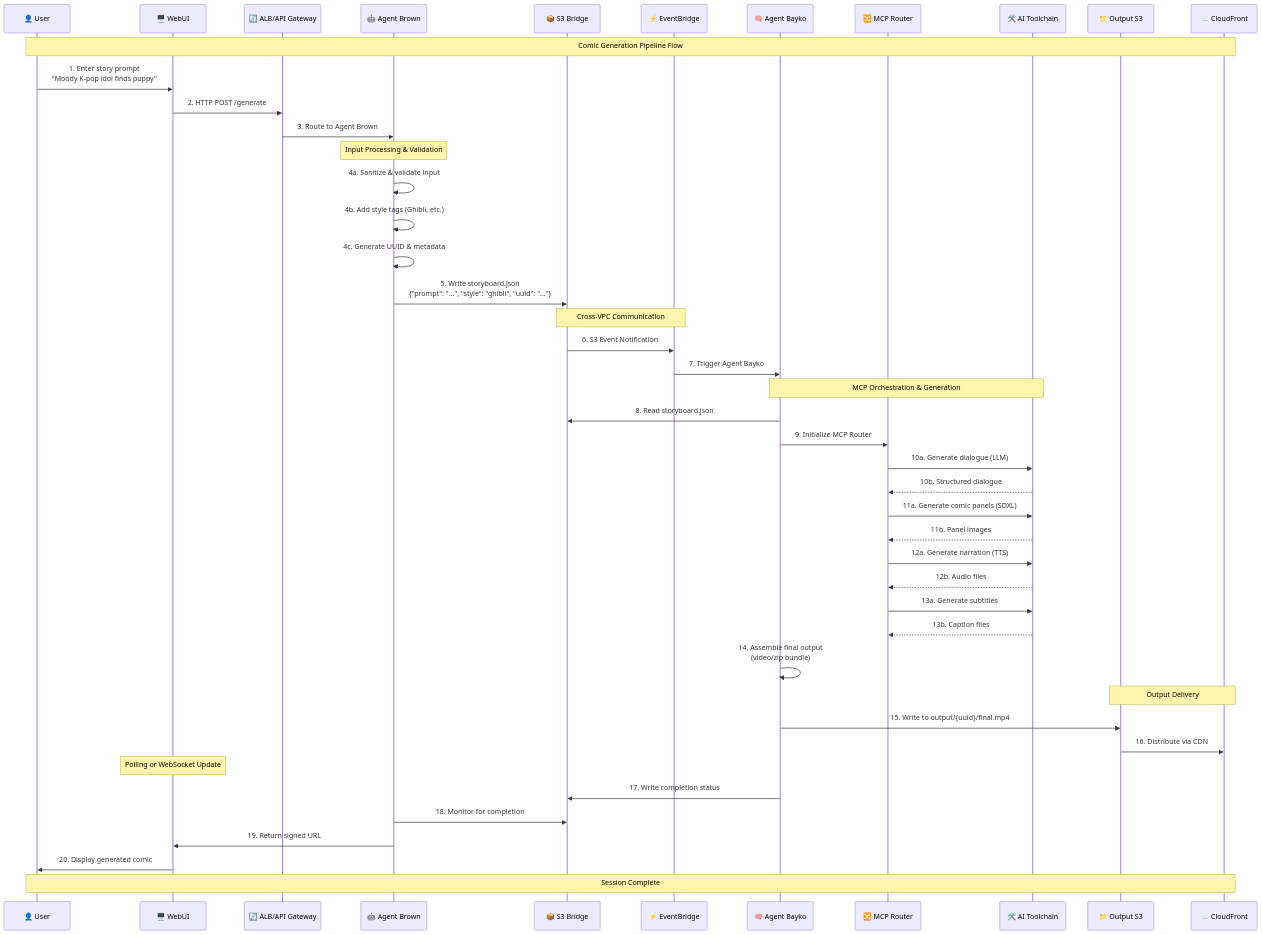
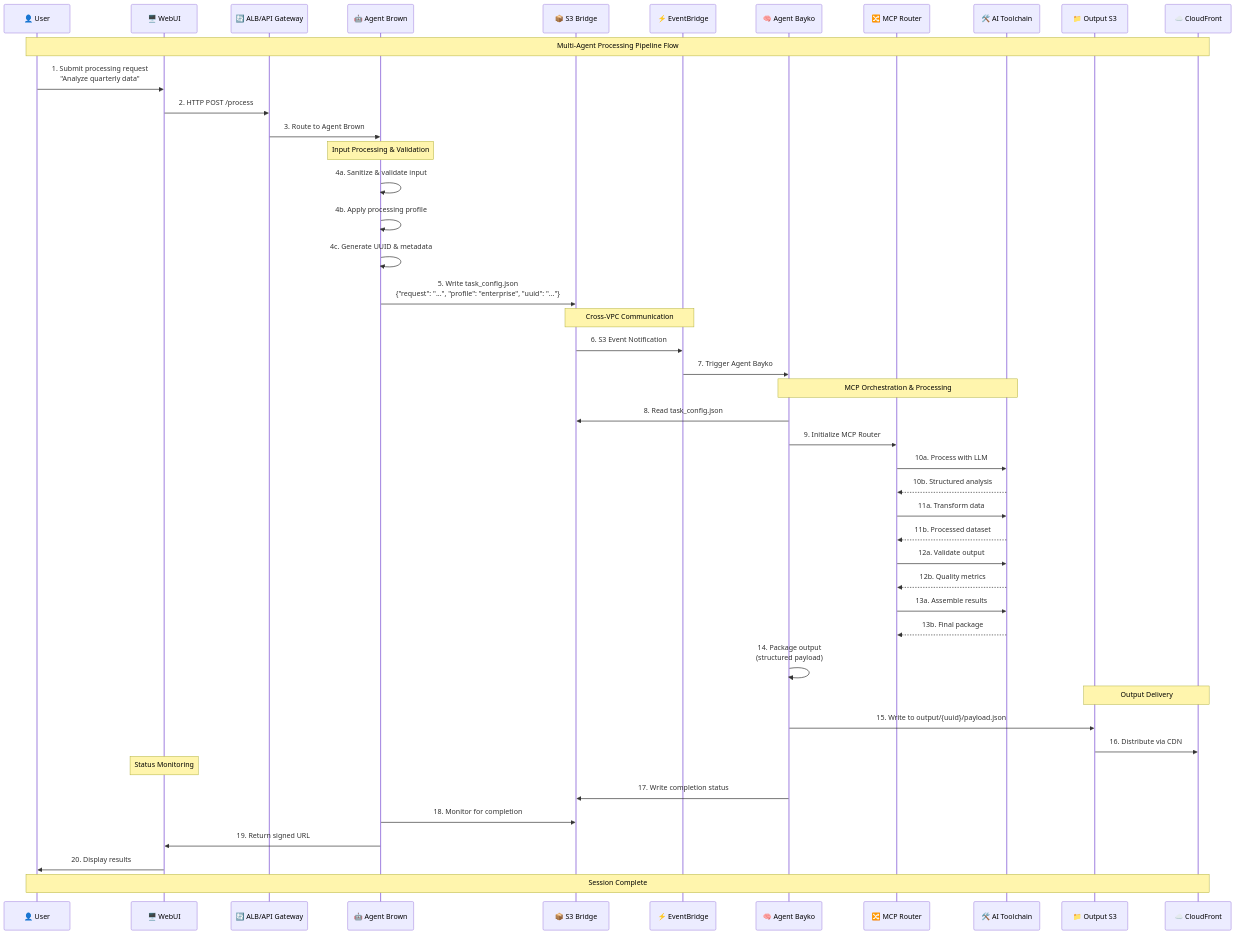
One commit to Ramsi-K/exp-net-fundamentals-2025-Q2 changed the diagram in projects/00-architecture/assets/diagrams/agent_flow.mmd. Above: the diagram before and after it, drawn with Mermaid. The commit also changed 5 other files, not shown here.

Commit message:
docs(diagrams): update all Mermaid diagrams and architecture.md to reflect secure multi-agent system

```diff
--- a/projects/00-architecture/assets/diagrams/agent_flow.mmd
+++ b/projects/00-architecture/assets/diagrams/agent_flow.mmd
@@ -1,59 +1,59 @@
 sequenceDiagram
     participant U as 👤 User
     participant W as 🖥️ WebUI
     participant A as 🔄 ALB/API Gateway
     participant B as 🤖 Agent Brown
     participant S as 📦 S3 Bridge
     participant E as ⚡ EventBridge
     participant BY as 🧠 Agent Bayko
     participant M as 🔀 MCP Router
     participant T as 🛠️ AI Toolchain
     participant O as 📁 Output S3
     participant C as ☁️ CloudFront
     
-    Note over U,C: Comic Generation Pipeline Flow
+    Note over U,C: Multi-Agent Processing Pipeline Flow
     
-    U->>W: 1. Enter story prompt<br/>"Moody K-pop idol finds puppy"
-    W->>A: 2. HTTP POST /generate
+    U->>W: 1. Submit processing request<br/>"Analyze quarterly data"
+    W->>A: 2. HTTP POST /process
     A->>B: 3. Route to Agent Brown
     
     Note over B: Input Processing & Validation
     B->>B: 4a. Sanitize & validate input
-    B->>B: 4b. Add style tags (Ghibli, etc.)
+    B->>B: 4b. Apply processing profile
     B->>B: 4c. Generate UUID & metadata
     
-    B->>S: 5. Write storyboard.json<br/>{"prompt": "...", "style": "ghibli", "uuid": "..."}
+    B->>S: 5. Write task_config.json<br/>{"request": "...", "profile": "enterprise", "uuid": "..."}
     
     Note over S,E: Cross-VPC Communication
     S->>E: 6. S3 Event Notification
     E->>BY: 7. Trigger Agent Bayko
     
-    Note over BY,T: MCP Orchestration & Generation
-    BY->>S: 8. Read storyboard.json
+    Note over BY,T: MCP Orchestration & Processing
+    BY->>S: 8. Read task_config.json
     BY->>M: 9. Initialize MCP Router
     
-    M->>T: 10a. Generate dialogue (LLM)
-    T-->>M: 10b. Structured dialogue
+    M->>T: 10a. Process with LLM
+    T-->>M: 10b. Structured analysis
     
-    M->>T: 11a. Generate comic panels (SDXL)
-    T-->>M: 11b. Panel images
+    M->>T: 11a. Transform data
+    T-->>M: 11b. Processed dataset
     
-    M->>T: 12a. Generate narration (TTS)
-    T-->>M: 12b. Audio files
+    M->>T: 12a. Validate output
+    T-->>M: 12b. Quality metrics
     
-    M->>T: 13a. Generate subtitles
-    T-->>M: 13b. Caption files
+    M->>T: 13a. Assemble results
+    T-->>M: 13b. Final package
     
-    BY->>BY: 14. Assemble final output<br/>(video/zip bundle)
+    BY->>BY: 14. Package output<br/>(structured payload)
     
     Note over O,C: Output Delivery
-    BY->>O: 15. Write to output/{uuid}/final.mp4
+    BY->>O: 15. Write to output/{uuid}/payload.json
     O->>C: 16. Distribute via CDN
     
-    Note over W: Polling or WebSocket Update
+    Note over W: Status Monitoring
     BY->>S: 17. Write completion status
     B->>S: 18. Monitor for completion
     B->>W: 19. Return signed URL
-    W->>U: 20. Display generated comic
+    W->>U: 20. Display results
     
     Note over U,C: Session Complete
```
